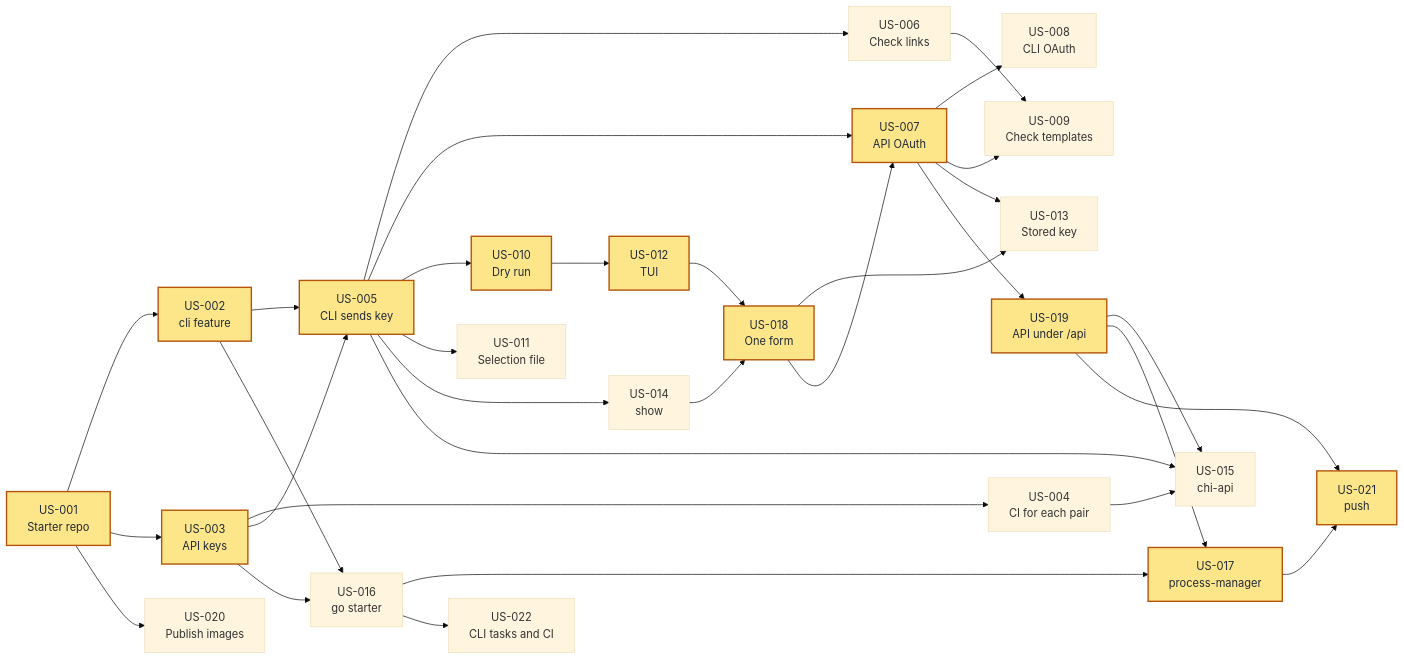
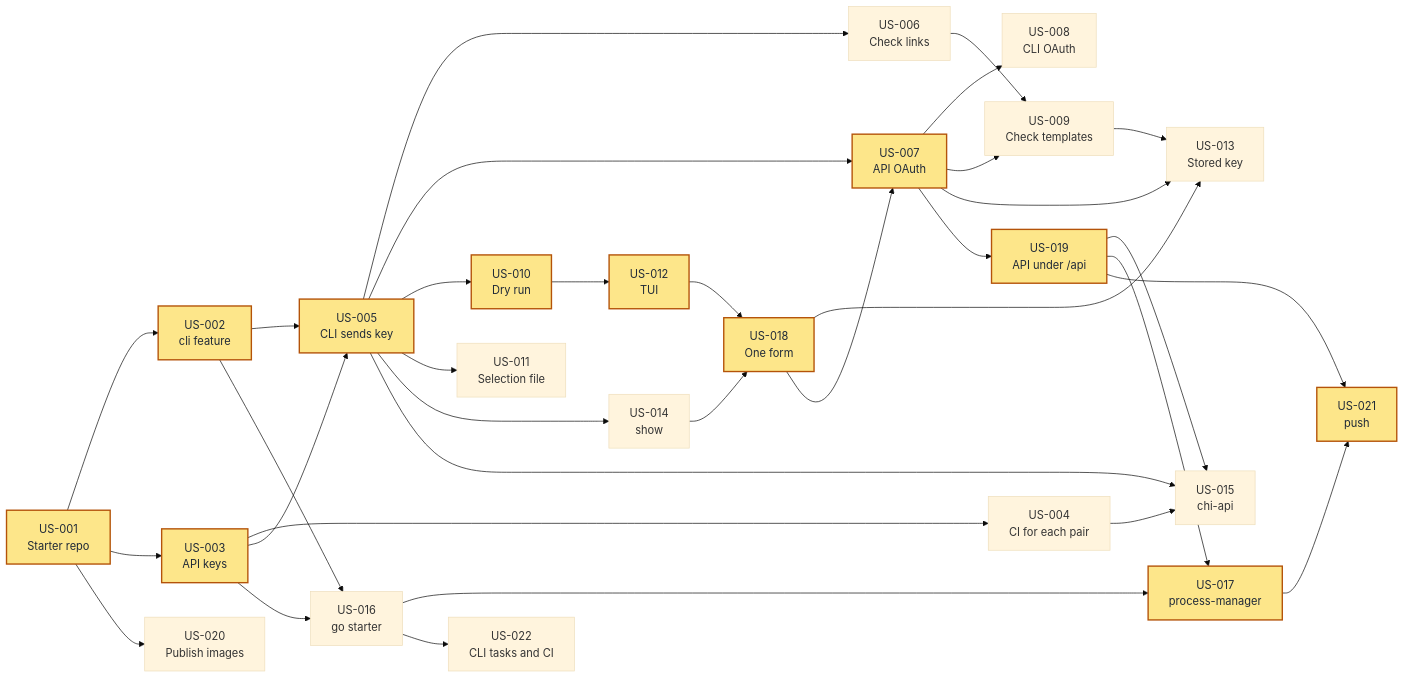
Before and after one commit to hpcsc/feature-compose: the diagram in user-stories/feature-compose.md, drawn with Mermaid (base theme). The commit also changed other lines of this file, not shown here.

````diff
--- a/user-stories/feature-compose.md
+++ b/user-stories/feature-compose.md
@@ -32,60 +32,61 @@
 ```mermaid
 flowchart LR
     A["US-001<br/>Starter repo"]
     B["US-002<br/>cli feature"]
     C["US-003<br/>API keys"]
     D["US-004<br/>CI for each pair"]
     E["US-005<br/>CLI sends key"]
     F["US-006<br/>Check links"]
     G["US-007<br/>API OAuth"]
     H["US-008<br/>CLI OAuth"]
     I["US-009<br/>Check templates"]
     J["US-010<br/>Dry run"]
     K["US-011<br/>Selection file"]
     L["US-012<br/>TUI"]
     M["US-013<br/>Stored key"]
     N["US-014<br/>show"]
     O["US-015<br/>chi-api"]
     P["US-016<br/>go starter"]
     Q["US-017<br/>process-manager"]
     R["US-018<br/>One form"]
     S["US-019<br/>API under /api"]
     T["US-020<br/>Publish images"]
     U["US-021<br/>push"]
     V["US-022<br/>CLI tasks and CI"]
 
     A --> B
     A --> C
     C --> D
     B --> E
     C --> E
     E --> F
     E --> G
     G --> H
     F --> I
     G --> I
     E --> J
     E --> K
     J --> L
     G --> M
+    I --> M
     R --> M
     E --> N
     D --> O
     E --> O
     B --> P
     C --> P
     P --> Q
     L --> R
     N --> R
     R --> G
     G --> S
     A --> T
     S --> O
     S --> Q
     Q --> U
     S --> U
     P --> V
 
     classDef critical fill:#fde68a,stroke:#b45309,stroke-width:2px,color:#1f2937
     class A,B,C,E,J,L,R,G,S,Q,U critical
 ```
````
